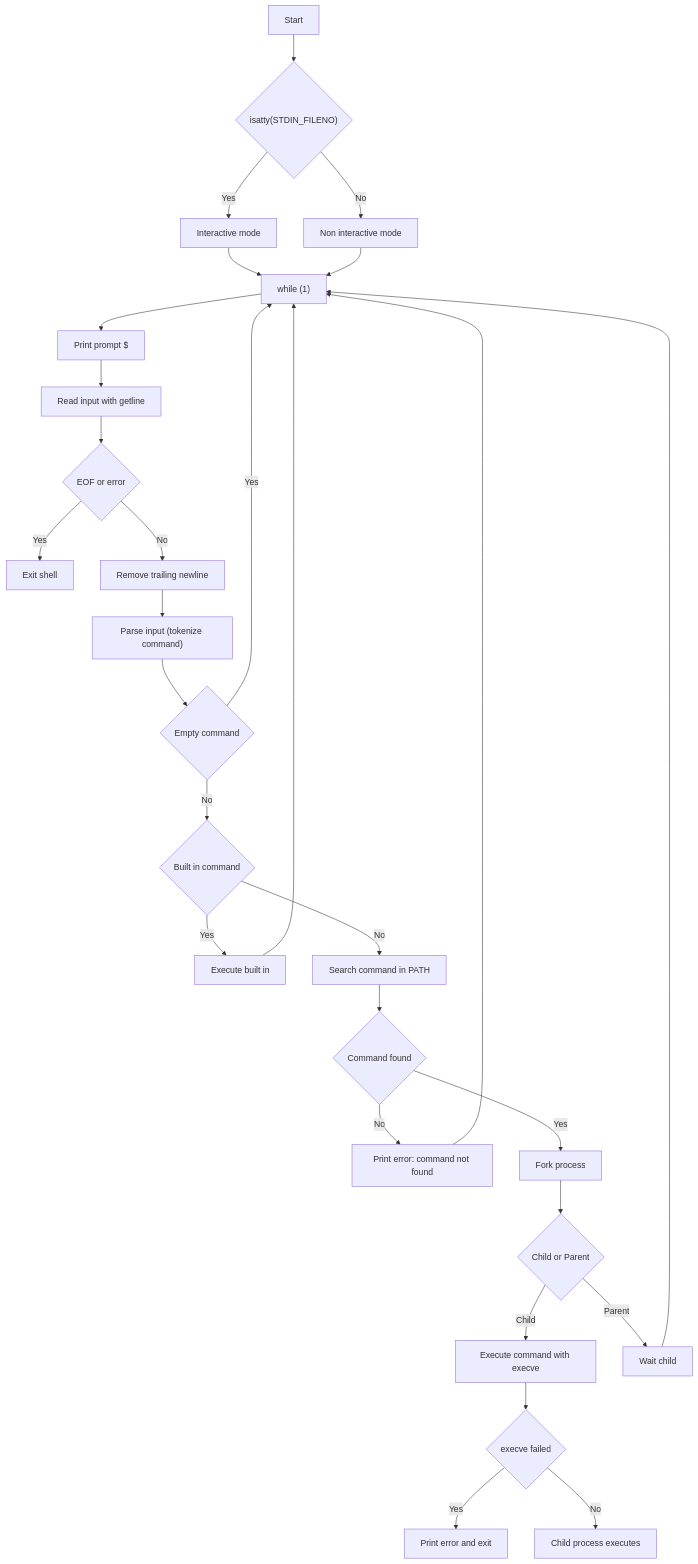
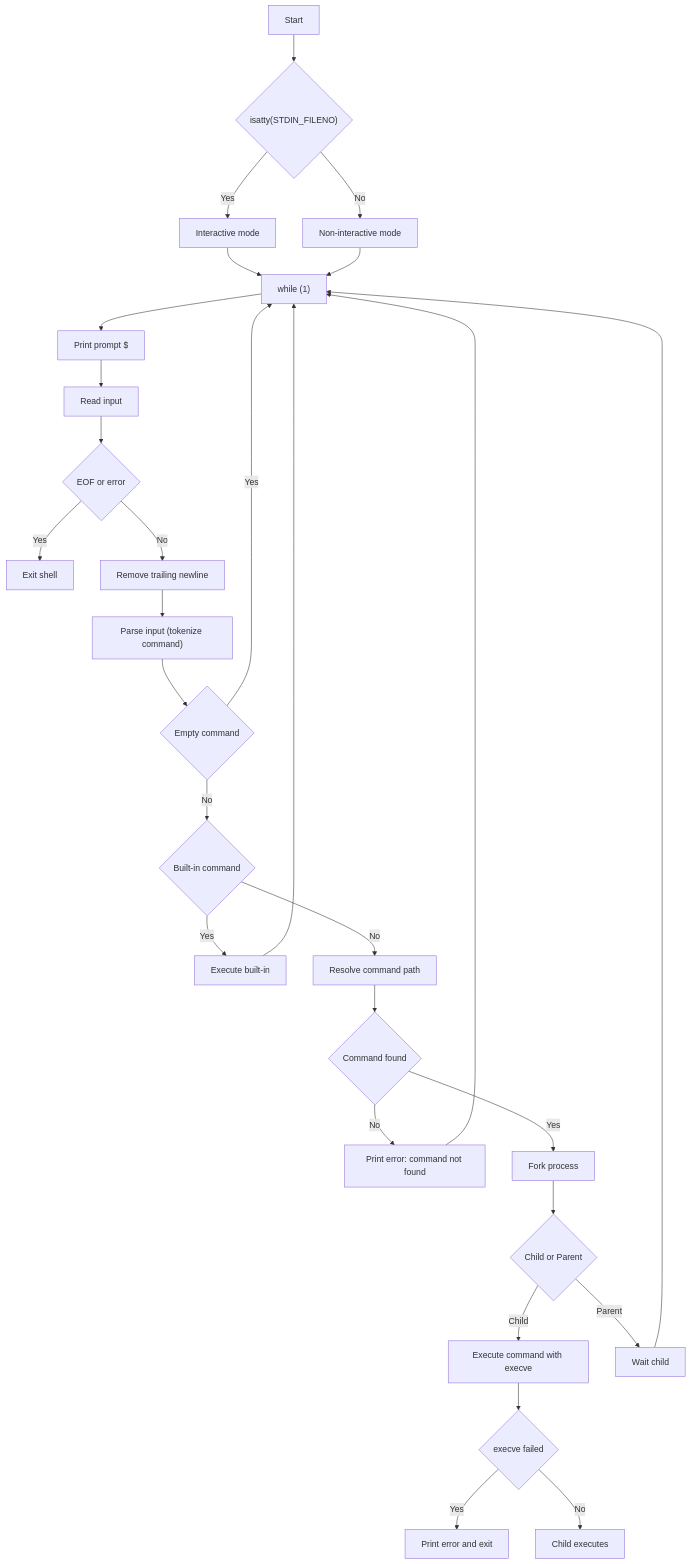
Before and after one commit to Gigi-Corlay/holbertonschool-simple_shell: the diagram in README.md, drawn with Mermaid. The commit also changed other lines of this file and 3 other files, not shown here.

````diff
--- a/README.md
+++ b/README.md
@@ -52,43 +56,43 @@
 ```mermaid
 flowchart TD
     A[Start] --> B{"isatty(STDIN_FILENO)"}
 
     B -- Yes --> C[Interactive mode]
-    B -- No --> D[Non interactive mode]
+    B -- No --> D[Non-interactive mode]
 
     C --> E["while (1)"]
     D --> E
 
     E --> F[Print prompt $]
-    F --> G[Read input with getline]
+    F --> G[Read input]
 
     G --> H{EOF or error}
     H -- Yes --> I[Exit shell]
     H -- No --> J[Remove trailing newline]
 
     J --> K["Parse input (tokenize command)"]
 
     K --> L{Empty command}
     L -- Yes --> E
 
-    L -- No --> M{Built in command}
-    M -- Yes --> N[Execute built in]
+    L -- No --> M{Built-in command}
+    M -- Yes --> N[Execute built-in]
     N --> E
 
-    M -- No --> O[Search command in PATH]
+    M -- No --> O[Resolve command path]
 
     O --> P{Command found}
     P -- No --> Q[Print error: command not found]
     Q --> E
 
     P -- Yes --> R[Fork process]
 
     R --> S{Child or Parent}
     S -- Child --> T[Execute command with execve]
     T --> U{execve failed}
     U -- Yes --> V[Print error and exit]
-    U -- No --> W[Child process executes]
+    U -- No --> W[Child executes]
 
     S -- Parent --> X[Wait child]
     X --> E
 ```
````
